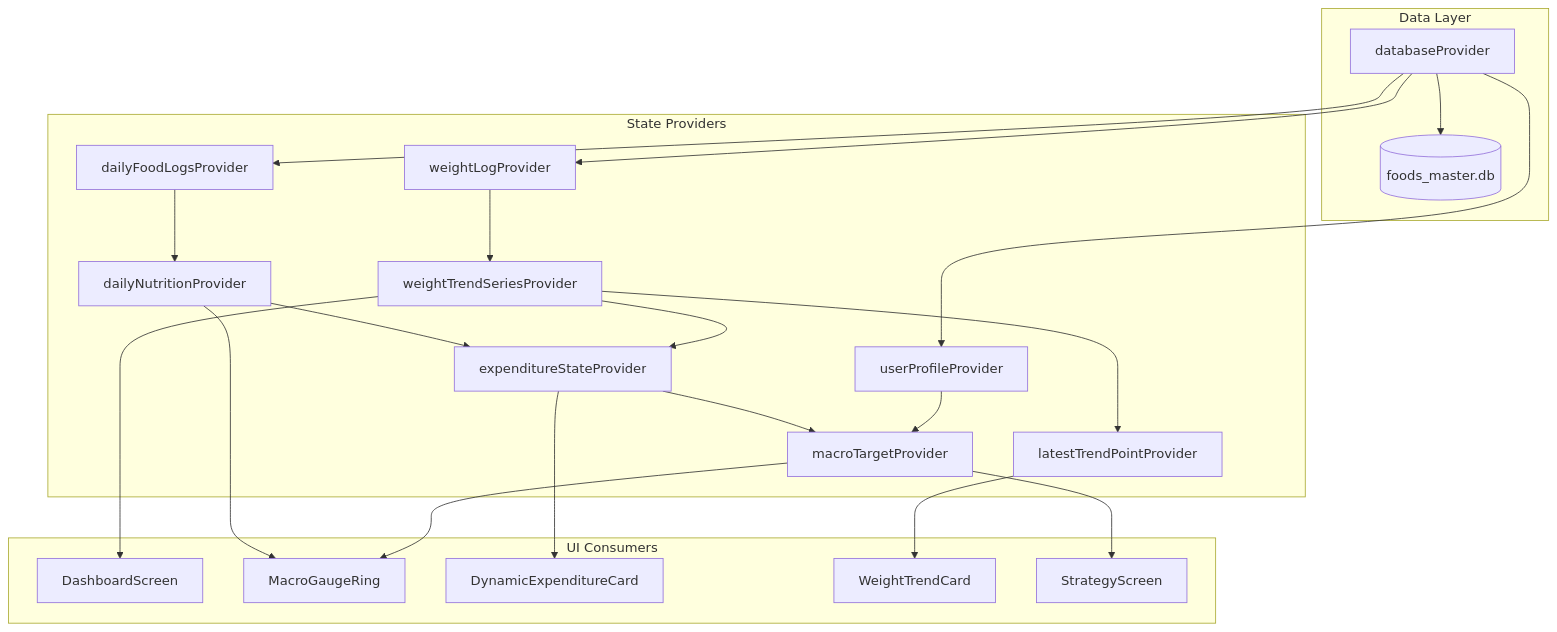
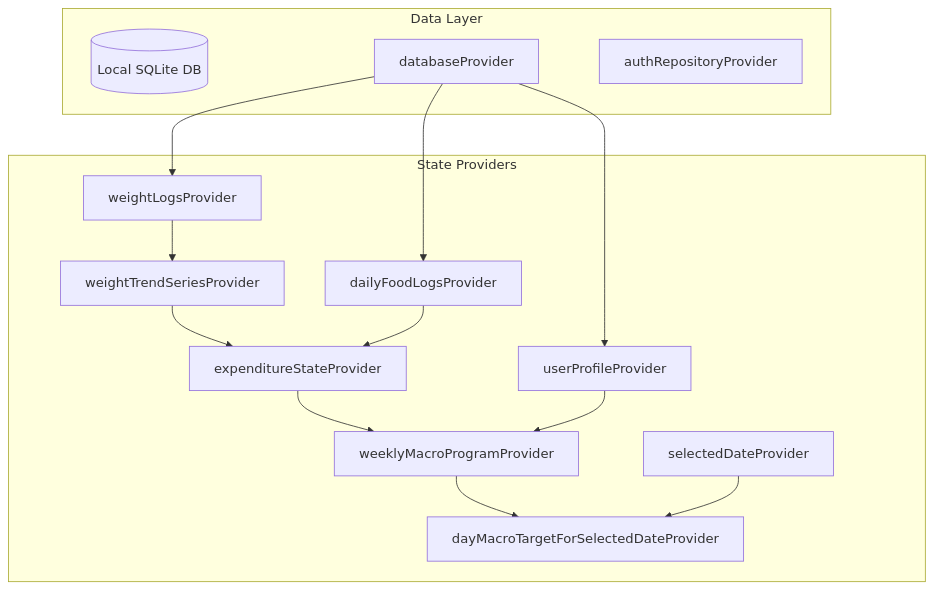
Before and after one commit to h4rysh/macrofactor-flutter: the diagram in docs/ARCHITECTURE.md, drawn with Mermaid. The commit also changed other lines of this file and 177 other files, not shown here.

````diff
--- a/docs/ARCHITECTURE.md
+++ b/docs/ARCHITECTURE.md
@@ -33,47 +34,30 @@
 ```mermaid
 graph TD
     subgraph Data Layer
-        DB[(foods_master.db)]
+        DB[(Local SQLite DB)]
         DBProvider[databaseProvider]
+        AuthRepo[authRepositoryProvider]
     end
 
     subgraph State Providers
         UserProvider[userProfileProvider]
-        WeightProvider[weightLogProvider]
+        WeightProvider[weightLogsProvider]
         FoodLogProvider[dailyFoodLogsProvider]
-        AggProvider[dailyNutritionProvider]
         TrendProvider[weightTrendSeriesProvider]
-        LatestTrend[latestTrendPointProvider]
         ExpProvider[expenditureStateProvider]
-        MacroTargetProvider[macroTargetProvider]
+        WeeklyProgProvider[weeklyMacroProgramProvider]
+        SelectedDate[selectedDateProvider]
+        DayTarget[dayMacroTargetForSelectedDateProvider]
     end
 
-    subgraph UI Consumers
-        Dashboard[DashboardScreen]
-        Gauge[MacroGaugeRing]
-        ExpCard[DynamicExpenditureCard]
-        TrendCard[WeightTrendCard]
-        Strategy[StrategyScreen]
-    end
-
-    DBProvider --> DB
+    DBProvider --> UserProvider
     DBProvider --> WeightProvider
     DBProvider --> FoodLogProvider
-    DBProvider --> UserProvider
-
-    FoodLogProvider --> AggProvider
     WeightProvider --> TrendProvider
-    TrendProvider --> LatestTrend
-
-    AggProvider --> ExpProvider
     TrendProvider --> ExpProvider
-    ExpProvider --> MacroTargetProvider
-    UserProvider --> MacroTargetProvider
-
-    AggProvider --> Gauge
-    MacroTargetProvider --> Gauge
-    ExpProvider --> ExpCard
-    LatestTrend --> TrendCard
-    TrendProvider --> Dashboard
-    MacroTargetProvider --> Strategy
+    FoodLogProvider --> ExpProvider
+    ExpProvider --> WeeklyProgProvider
+    UserProvider --> WeeklyProgProvider
+    WeeklyProgProvider --> DayTarget
+    SelectedDate --> DayTarget
 ```
````
